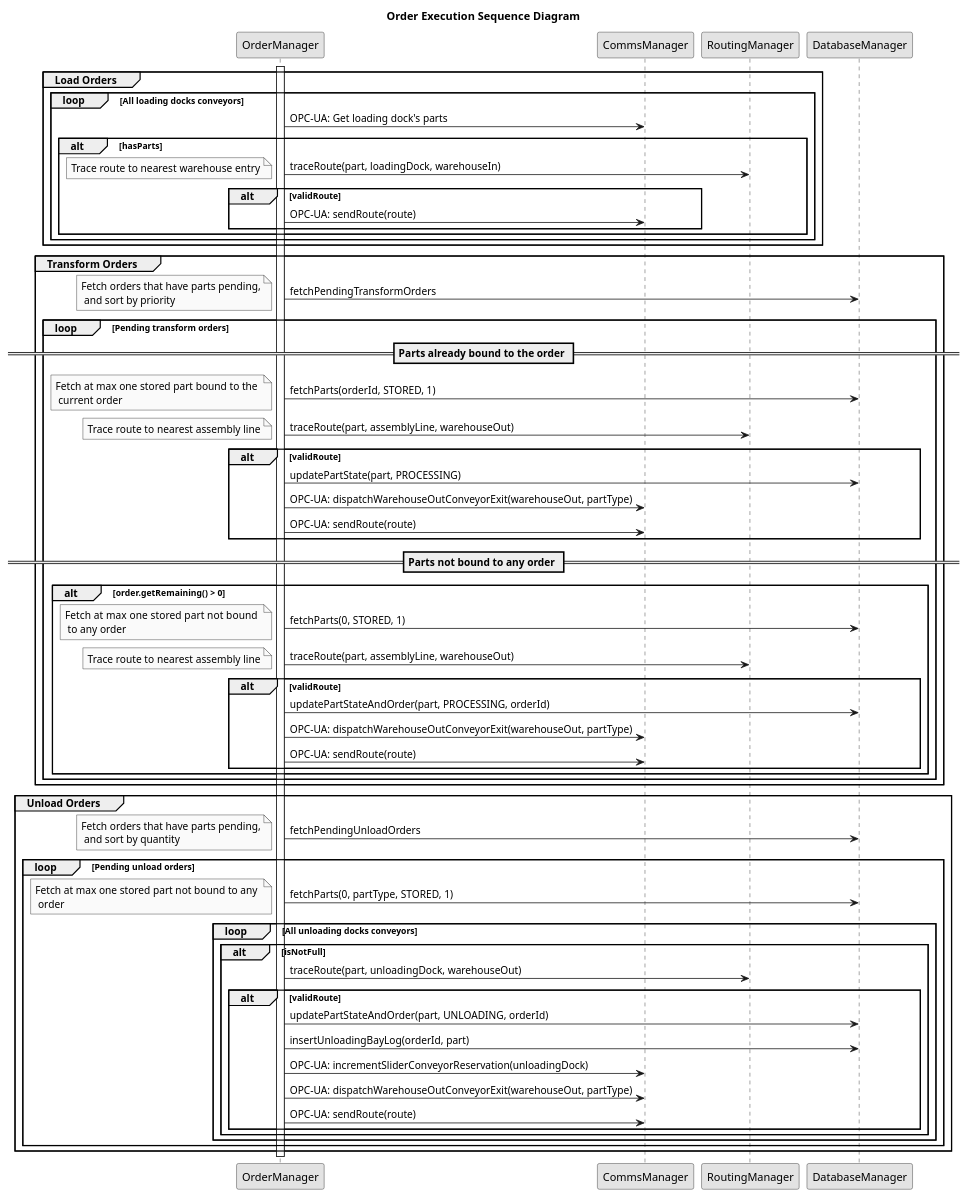
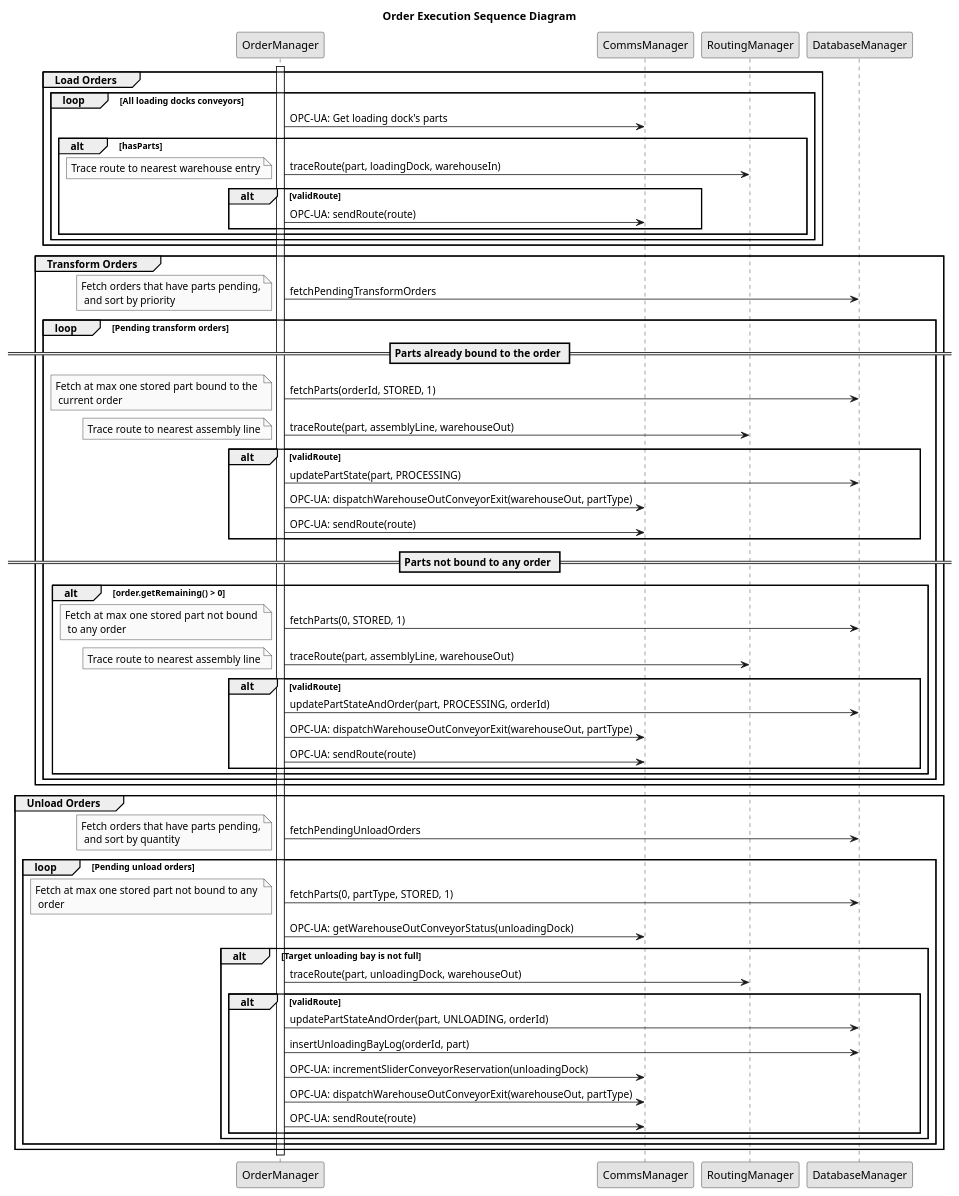
The diagram in docs/sequence_uml/order_execution.puml (avrocha/plant-floor-control), drawn with PlantUML before and after one commit. The commit also changed 1 other file, not shown here.

Commit message:
Fix order execution unloading docks loop and added delay to command manager polling

```diff
--- a/docs/sequence_uml/order_execution.puml
+++ b/docs/sequence_uml/order_execution.puml
@@ -1,110 +1,108 @@
 @startuml
 
 skinparam linetype ortho
 skinparam Monochrome true
 skinparam classAttributeIconSize 0
 
 title Order Execution Sequence Diagram
 
 activate OrderManager
 
 group Load Orders
 
 loop All loading docks conveyors
 
 OrderManager->CommsManager: OPC-UA: Get loading dock's parts
 
 alt hasParts
 
 OrderManager -> RoutingManager: traceRoute(part, loadingDock, warehouseIn)
 note left: Trace route to nearest warehouse entry
 
 alt validRoute
 OrderManager -> CommsManager: OPC-UA: sendRoute(route)
 end
 
 end
 
 end
 
 end
 
 group Transform Orders
 OrderManager -> DatabaseManager: fetchPendingTransformOrders
 note left: Fetch orders that have parts pending,\n and sort by priority
 
 loop Pending transform orders
 
     == Parts already bound to the order ==
 
     OrderManager -> DatabaseManager:  fetchParts(orderId, STORED, 1)
     note left: Fetch at max one stored part bound to the \n current order
 
     OrderManager -> RoutingManager: traceRoute(part, assemblyLine, warehouseOut)
     note left: Trace route to nearest assembly line
 
     alt validRoute
     OrderManager -> DatabaseManager: updatePartState(part, PROCESSING)
 
     OrderManager -> CommsManager: OPC-UA: dispatchWarehouseOutConveyorExit(warehouseOut, partType)
     OrderManager -> CommsManager: OPC-UA: sendRoute(route)
     end
 
     == Parts not bound to any order ==
 
     alt order.getRemaining() > 0
 
     OrderManager -> DatabaseManager:  fetchParts(0, STORED, 1)
     note left: Fetch at max one  stored part not bound \n to any order
 
     OrderManager -> RoutingManager: traceRoute(part, assemblyLine, warehouseOut)
     note left: Trace route to nearest assembly line
 
     alt validRoute
     OrderManager -> DatabaseManager: updatePartStateAndOrder(part, PROCESSING, orderId)
 
     OrderManager -> CommsManager: OPC-UA: dispatchWarehouseOutConveyorExit(warehouseOut, partType)
     OrderManager -> CommsManager: OPC-UA: sendRoute(route)
     end
 
     end
 
 
 end
 
 end
 
 group Unload Orders
 OrderManager -> DatabaseManager: fetchPendingUnloadOrders
 note left: Fetch orders that have parts pending,\n and sort by quantity
 
 loop Pending unload orders
 
     OrderManager -> DatabaseManager:  fetchParts(0, partType, STORED, 1)
     note left: Fetch at max one stored part not bound to any \n order
 
-    loop All unloading docks conveyors
+    OrderManager -> CommsManager: OPC-UA: getWarehouseOutConveyorStatus(unloadingDock)
 
-    alt isNotFull
+    alt Target unloading bay is not full
         OrderManager -> RoutingManager: traceRoute(part, unloadingDock, warehouseOut)
 
         alt validRoute
         OrderManager -> DatabaseManager: updatePartStateAndOrder(part, UNLOADING, orderId)
         OrderManager -> DatabaseManager: insertUnloadingBayLog(orderId, part)
 
         OrderManager -> CommsManager: OPC-UA: incrementSliderConveyorReservation(unloadingDock)
         OrderManager -> CommsManager: OPC-UA: dispatchWarehouseOutConveyorExit(warehouseOut, partType)
         OrderManager -> CommsManager: OPC-UA: sendRoute(route)
         end
     end
 
-    end
-
 
 end
 
 end
 
 deactivate OrderManager
 
 @enduml
```
